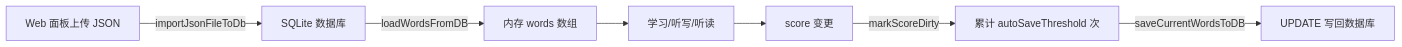
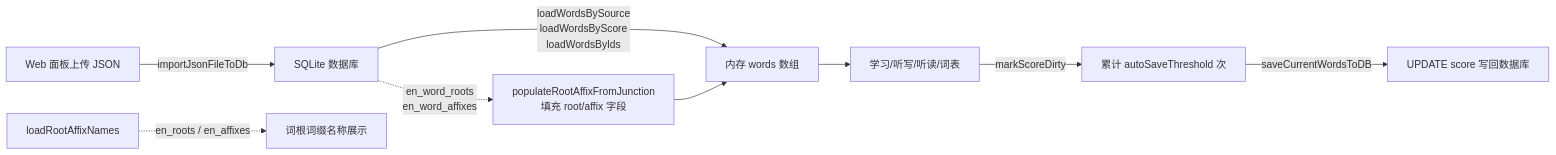
The diagram in docs/zh-CN/DataFormat.md (Mr-xiaotian/WordCardputer), drawn with Mermaid before and after one commit. The commit also changed other lines of this file and 23 other files, not shown here.

````diff
--- a/docs/zh-CN/DataFormat.md
+++ b/docs/zh-CN/DataFormat.md
@@ -159,9 +214,11 @@
 ```mermaid
 flowchart LR
-    A[SQLite 数据库] -->|loadWordsFromDB| B[内存 words 数组]
-    B --> C[学习/听写/听读]
-    C --> D[score 变更]
-    D -->|markScoreDirty| E[累计 autoSaveThreshold 次]
-    E -->|saveCurrentWordsToDB| F[UPDATE 写回数据库]
+    A[SQLite 数据库] -->|loadWordsBySource<br/>loadWordsByScore<br/>loadWordsByIds| B[内存 words 数组]
+    A -.->|en_word_roots<br/>en_word_affixes| D[populateRootAffixFromJunction<br/>填充 root/affix 字段]
+    D --> B
+    B --> C[学习/听写/听读/词表]
+    C -->|markScoreDirty| E[累计 autoSaveThreshold 次]
+    E -->|saveCurrentWordsToDB| F[UPDATE score 写回数据库]
     G[Web 面板上传 JSON] -->|importJsonFileToDb| A
+    H[loadRootAffixNames] -.->|en_roots / en_affixes| I[词根词缀名称展示]
 ```
````
